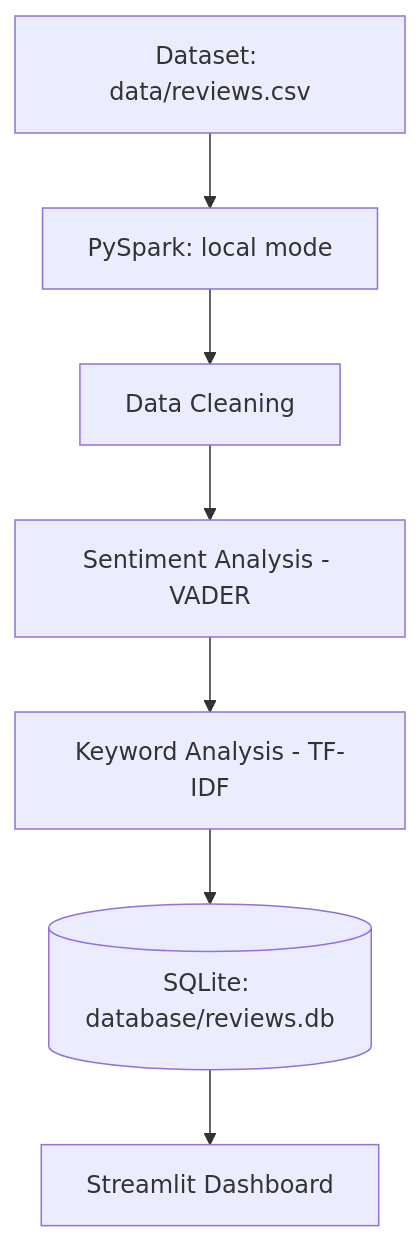
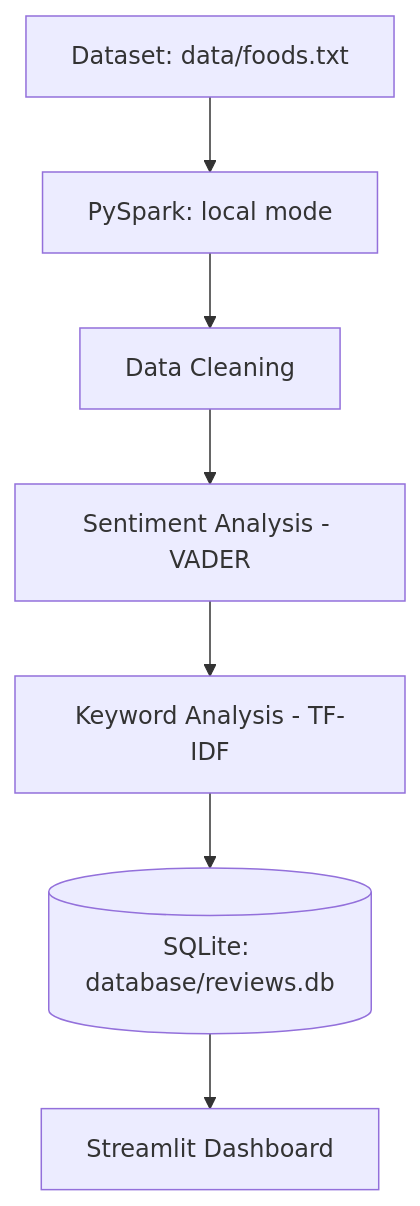
One commit to panubhav2001/ecommerce-review-intelligence changed the diagram in README.md. Above: the diagram before and after it, drawn with Mermaid. The commit also changed other lines of this file, not shown here.

Commit message:
Document dataset setup and repository usage

````diff
--- a/README.md
+++ b/README.md
@@ -25,9 +27,9 @@
 ```mermaid
 flowchart TD
-    A[Dataset: data/reviews.csv] --> B[PySpark: local mode]
+    A[Dataset: data/foods.txt] --> B[PySpark: local mode]
     B --> C[Data Cleaning]
     C --> D[Sentiment Analysis - VADER]
     D --> E[Keyword Analysis - TF-IDF]
     E --> F[(SQLite: database/reviews.db)]
     F --> G[Streamlit Dashboard]
 ```
````
